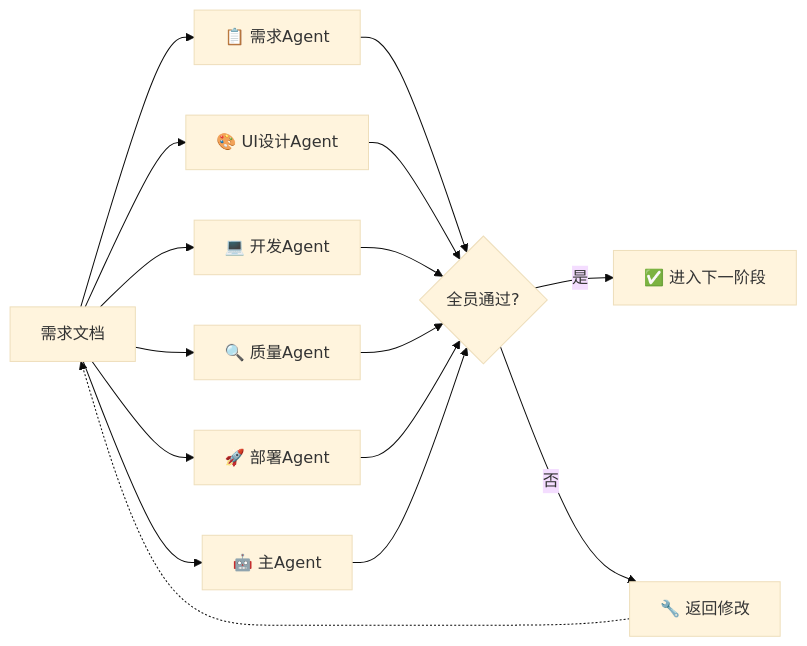
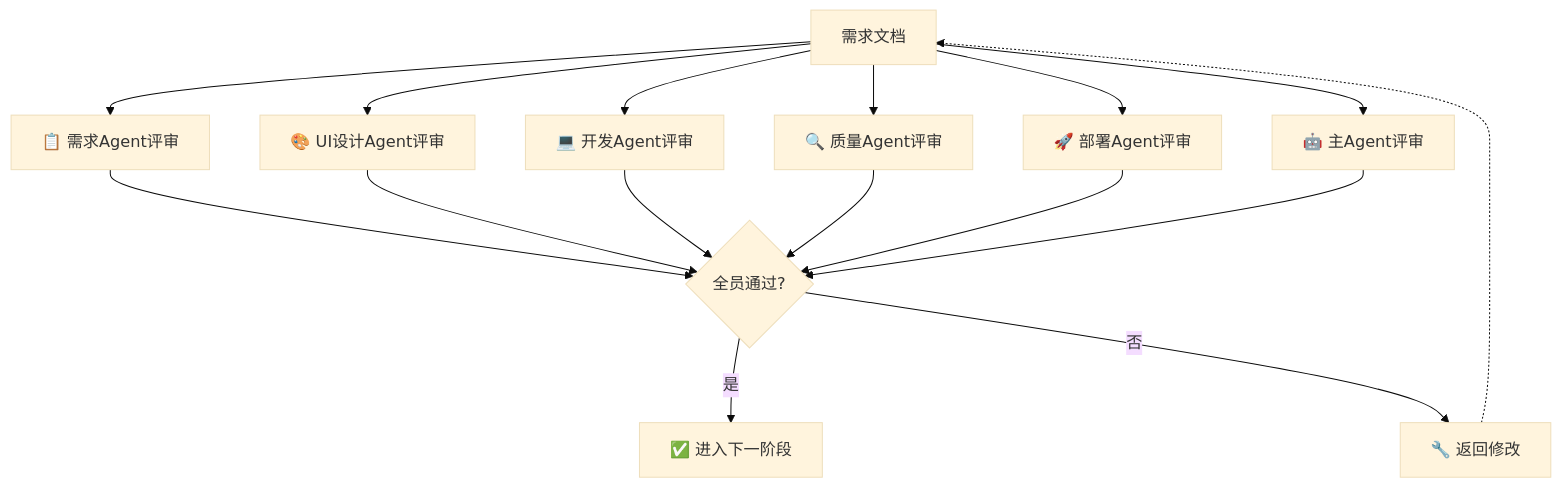
The second of 4 diagrams in 01-工作流Skill.md (serenamustrich/dev-standard), drawn with Mermaid (base theme) before and after one commit. The commit also changed other lines of this file and 3 other files, not shown here.

First line of the commit message:
chore: 强制使用flowchart TD

````diff
--- a/01-工作流Skill.md
+++ b/01-工作流Skill.md
@@ -75,18 +75,18 @@
 ```mermaid
-flowchart LR
-    A[需求文档] --> B[📋 需求Agent]
-    A --> C[🎨 UI设计Agent]
-    A --> D[💻 开发Agent]
-    A --> E[🔍 质量Agent]
-    A --> F[🚀 部署Agent]
-    A --> G[🤖 主Agent]
+flowchart TD
+    A[需求文档] --> B[📋 需求Agent评审]
+    A --> C[🎨 UI设计Agent评审]
+    A --> D[💻 开发Agent评审]
+    A --> E[🔍 质量Agent评审]
+    A --> F[🚀 部署Agent评审]
+    A --> G[🤖 主Agent评审]
     B --> H{全员通过?}
     C --> H
     D --> H
     E --> H
     F --> H
     G --> H
     H -->|是| I[✅ 进入下一阶段]
     H -->|否| J[🔧 返回修改]
     J -.-> A
 ```
````
